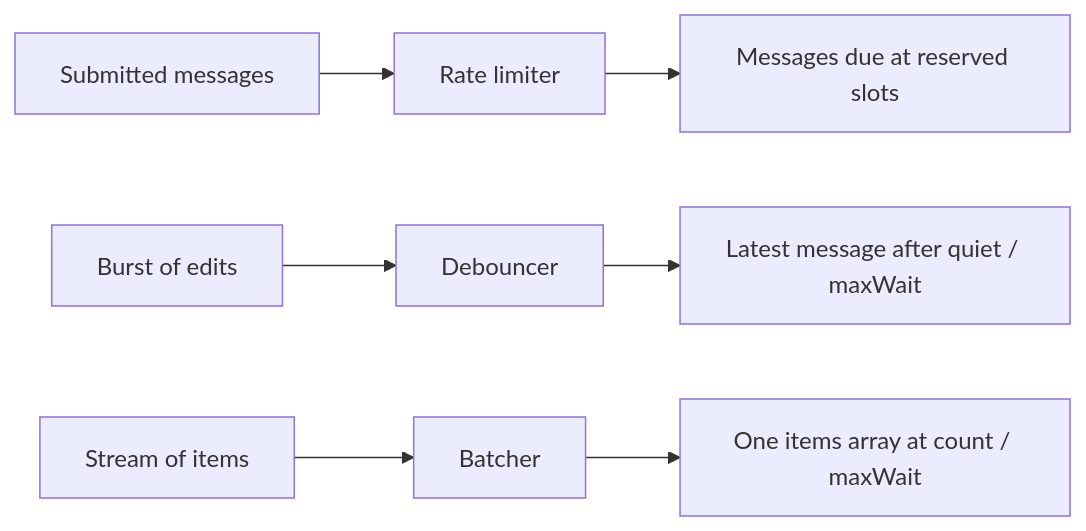
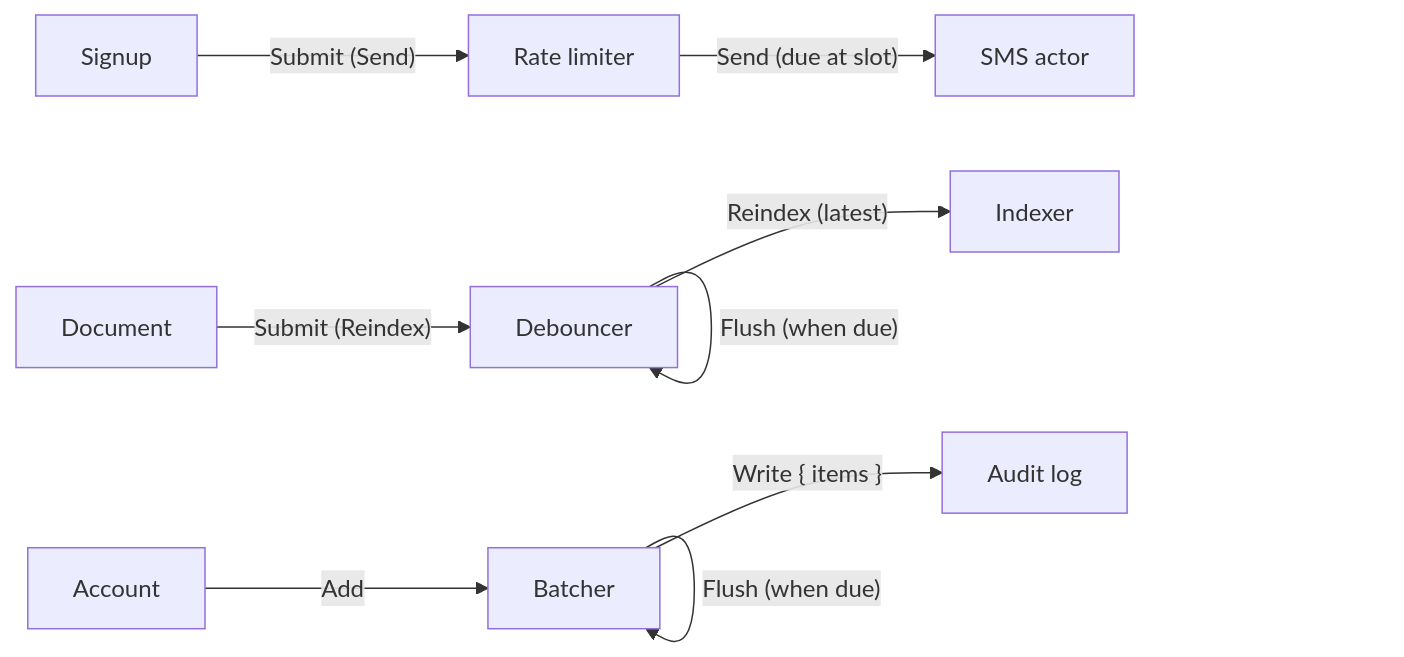
Before and after one commit to helico-tech/cicada.rs: the first of 5 diagrams in docs/guide/actors.md, drawn with Mermaid. The commit also changed other lines of this file and 2 other files, not shown here.

Commit message:
docs: name messages on every actor diagram

````diff
--- a/docs/guide/actors.md
+++ b/docs/guide/actors.md
@@ -40,6 +40,8 @@
 ```mermaid
 flowchart LR
-    a["Submitted messages"] --> limiter["Rate limiter"] --> slots["Messages due at reserved slots"]
-    b["Burst of edits"] --> debounce["Debouncer"] --> latest["Latest message after quiet / maxWait"]
-    c["Stream of items"] --> batcher["Batcher"] --> batch["One items array at count / maxWait"]
+    a["Signup"] -->|"Submit (Send)"| limiter["Rate limiter"] -->|"Send (due at slot)"| sms["SMS actor"]
+    b["Document"] -->|"Submit (Reindex)"| debounce["Debouncer"] -->|"Reindex (latest)"| indexer["Indexer"]
+    debounce -->|"Flush (when due)"| debounce
+    c["Account"] -->|Add| batcher["Batcher"] -->|"Write { items }"| audit["Audit log"]
+    batcher -->|"Flush (when due)"| batcher
 ```
````
